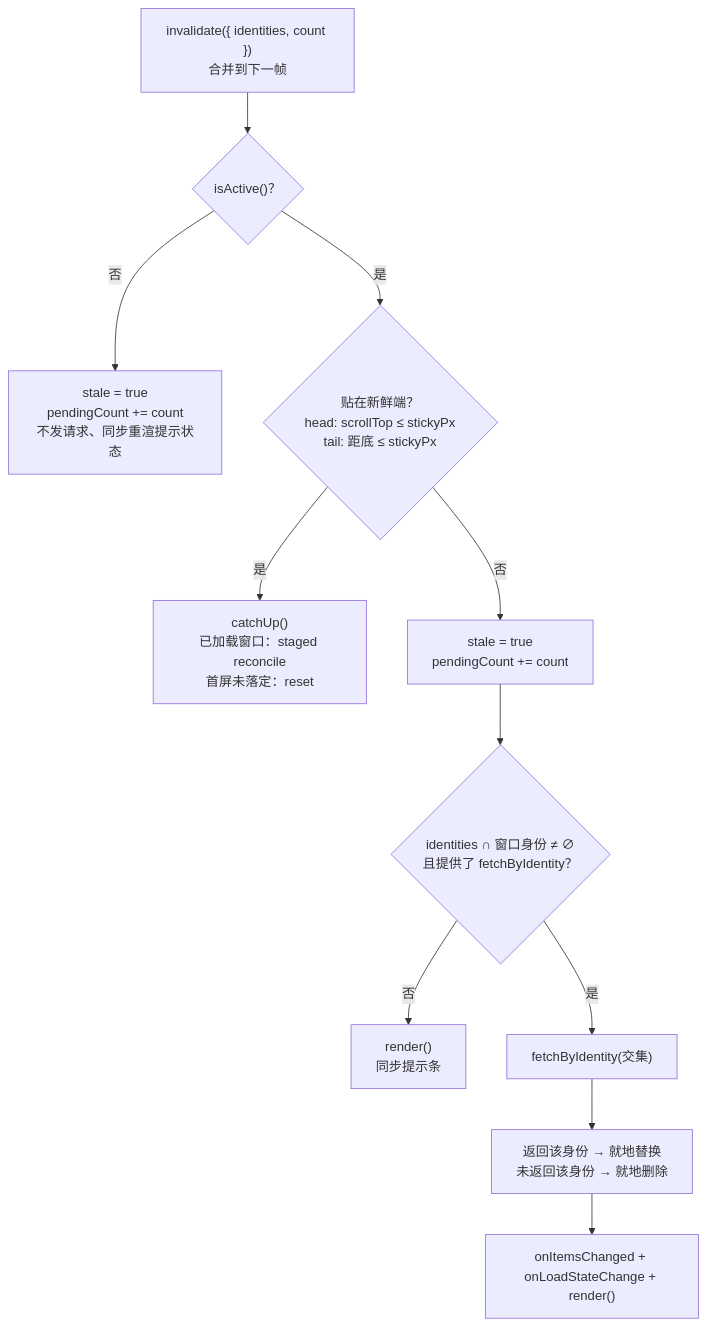
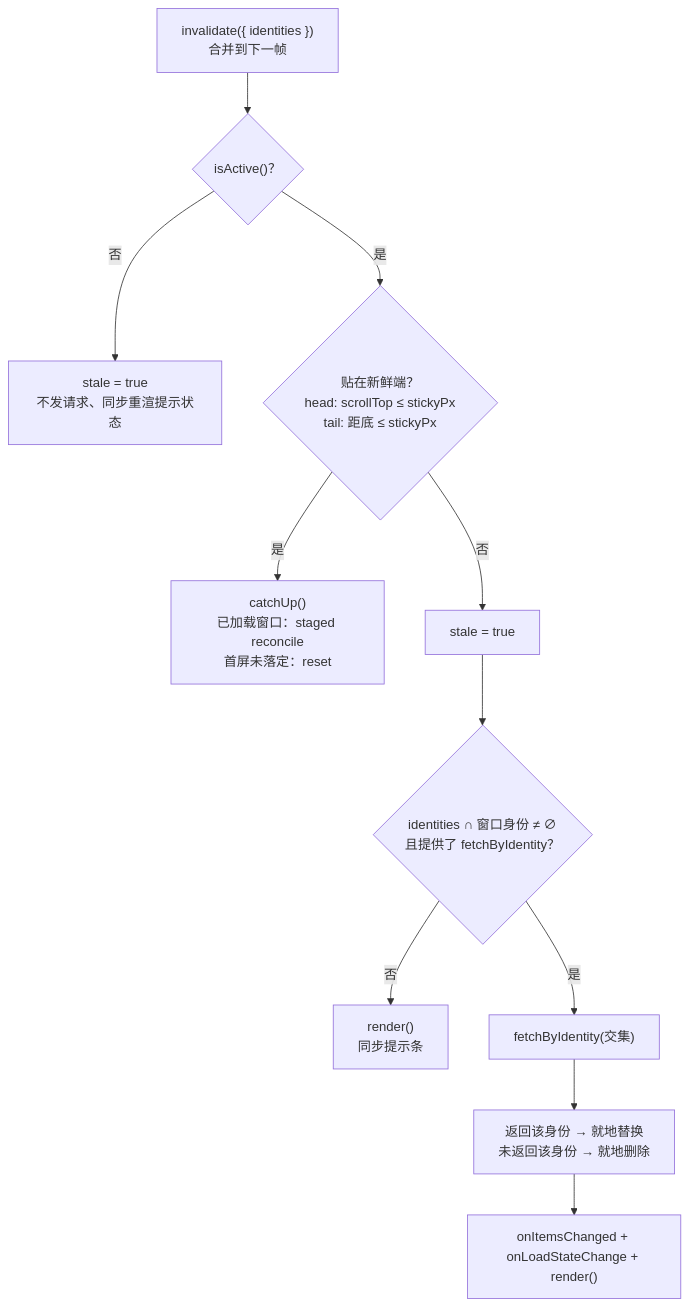
Before and after one commit to dacez/yimsg: the third of 5 diagrams in packages/uikit/docs/boundedlist/组件设计.md, drawn with Mermaid. The commit also changed other lines of this file and 11 other files, not shown here.

````diff
--- a/packages/uikit/docs/boundedlist/组件设计.md
+++ b/packages/uikit/docs/boundedlist/组件设计.md
@@ -670,13 +669,13 @@
 ```mermaid
 flowchart TD
-    I["invalidate({ identities, count })<br/>合并到下一帧"] --> V{"isActive()？"}
-    V -->|"否"| S0["stale = true<br/>pendingCount += count<br/>不发请求、同步重渲提示状态"]
+    I["invalidate({ identities })<br/>合并到下一帧"] --> V{"isActive()？"}
+    V -->|"否"| S0["stale = true<br/>不发请求、同步重渲提示状态"]
     V -->|"是"| E{"贴在新鲜端？<br/>head: scrollTop ≤ stickyPx<br/>tail: 距底 ≤ stickyPx"}
     E -->|"是"| R["catchUp()<br/>已加载窗口：staged reconcile<br/>首屏未落定：reset"]
-    E -->|"否"| P["stale = true<br/>pendingCount += count"]
+    E -->|"否"| P["stale = true"]
     P --> H{"identities ∩ 窗口身份 ≠ ∅<br/>且提供了 fetchByIdentity？"}
     H -->|"否"| N["render()<br/>同步提示条"]
     H -->|"是"| F["fetchByIdentity(交集)"]
     F --> U["返回该身份 → 就地替换<br/>未返回该身份 → 就地删除"]
     U --> N2["onItemsChanged + onLoadStateChange + render()"]
 ```
````
